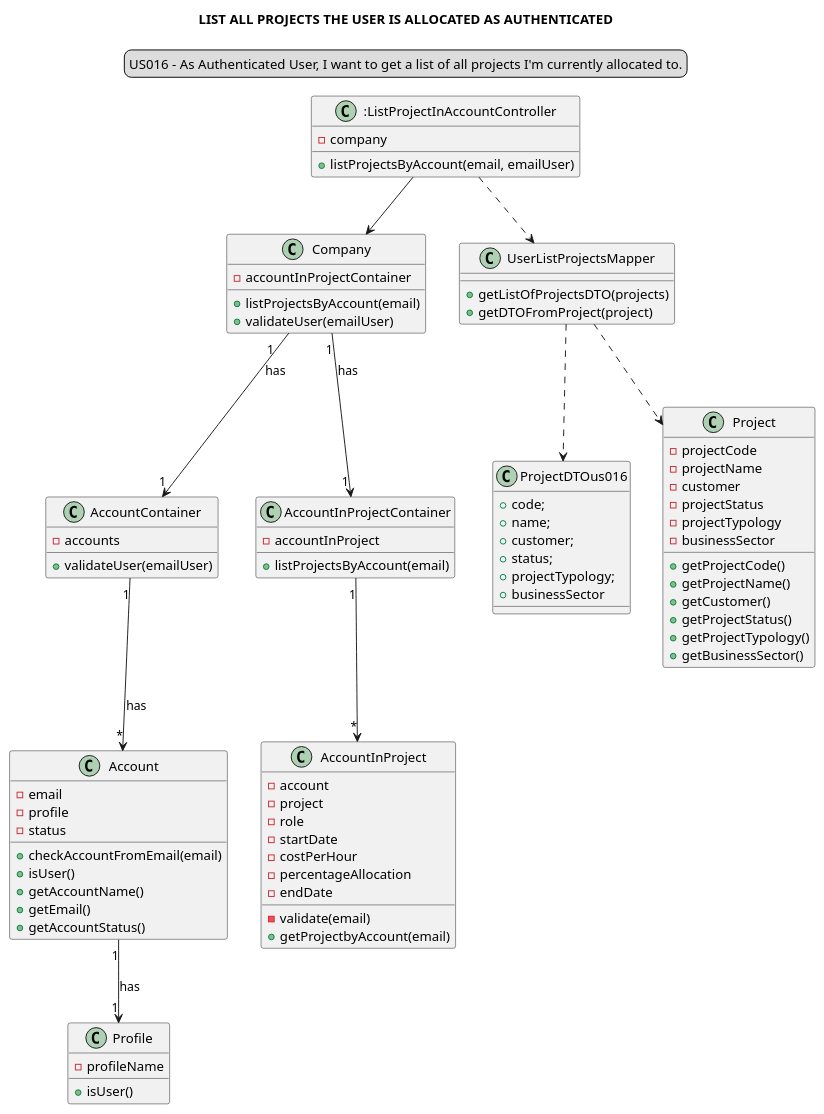
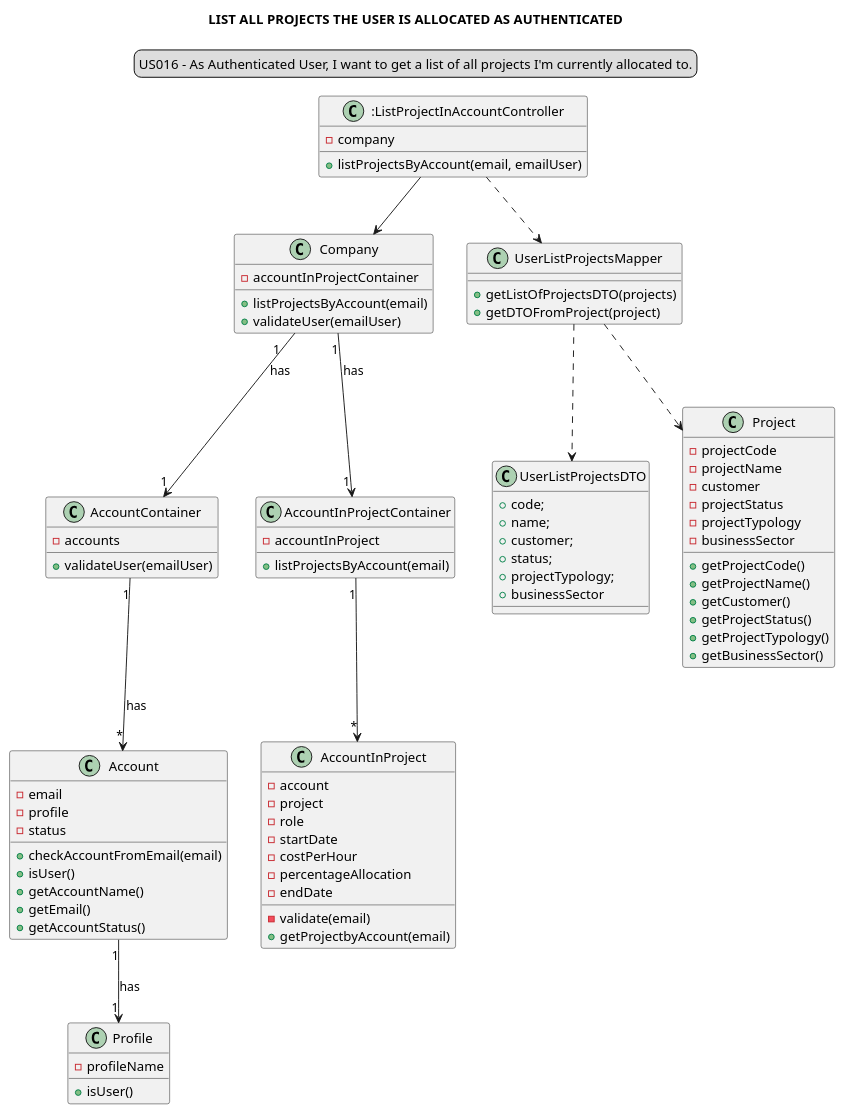
One commit to Loracline/project_switch_22-23 changed the diagram in docs/modelling_design/user_stories/sprint02/us016/US016_classDiagram.puml. Above: the diagram before and after it, drawn with PlantUML.

Commit message:
US016:Design: Class Diagram refinement

```diff
--- a/docs/modelling_design/user_stories/sprint02/us016/US016_classDiagram.puml
+++ b/docs/modelling_design/user_stories/sprint02/us016/US016_classDiagram.puml
@@ -1,99 +1,99 @@
 @startuml
 'https://plantuml.com/sequence-diagram
 
 legend top
 US016 - As Authenticated User, I want to get a list of all projects I'm currently allocated to.
 end legend
 skinparam sequenceMessageAlign center
 title LIST ALL PROJECTS THE USER IS ALLOCATED AS AUTHENTICATED
 
 class ":ListProjectInAccountController" {
 - company
 + listProjectsByAccount(email, emailUser)
 }
 class "Company" {
 - accountInProjectContainer
 + listProjectsByAccount(email)
 +validateUser(emailUser)
 }
 
 class "AccountContainer" {
 -accounts
 +validateUser(emailUser)
 }
 
 class "Account" {
 -email
 -profile
 -status
 +checkAccountFromEmail(email)
 +isUser()
 +getAccountName()
 +getEmail()
 +getAccountStatus()
 }
 
 class "Profile"{
 -profileName
 +isUser()
 }
 
 
 class "AccountInProjectContainer"{
 - accountInProject
 + listProjectsByAccount(email)
 }
 
 class "AccountInProject"{
 -account
 -project
 -role
 -startDate
 -costPerHour
 -percentageAllocation
 -endDate
 -validate(email)
 + getProjectbyAccount(email)
 }
 
 class "UserListProjectsMapper"{
 +getListOfProjectsDTO(projects)
 +getDTOFromProject(project)
 }
 
-class "ProjectDTOus016"{
+class "UserListProjectsDTO"{
 +code;
 +name;
 +customer;
 +status;
 +projectTypology;
 +businessSector
 }
 
 class "Project"{
 -projectCode
 -projectName
 -customer
 -projectStatus
 -projectTypology
 -businessSector
 +getProjectCode()
 +getProjectName()
 +getCustomer()
 +getProjectStatus()
 +getProjectTypology()
 +getBusinessSector()
 }
 "UserListProjectsMapper" ..> "Project"
 ":ListProjectInAccountController"-->"Company"
 "Company" "1"--> "     1""AccountInProjectContainer": has
 "Company" "1   " --> "     1" "AccountContainer": has
 "AccountInProjectContainer" "1"--> "*" "AccountInProject"
 "AccountContainer" "1" --> "*" "Account": has
 "Account" "1" --> "1""Profile": has
 ":ListProjectInAccountController"..> "UserListProjectsMapper"
-"UserListProjectsMapper"..> "ProjectDTOus016"
+"UserListProjectsMapper"..> "UserListProjectsDTO"
 
 
 
 @enduml
```
